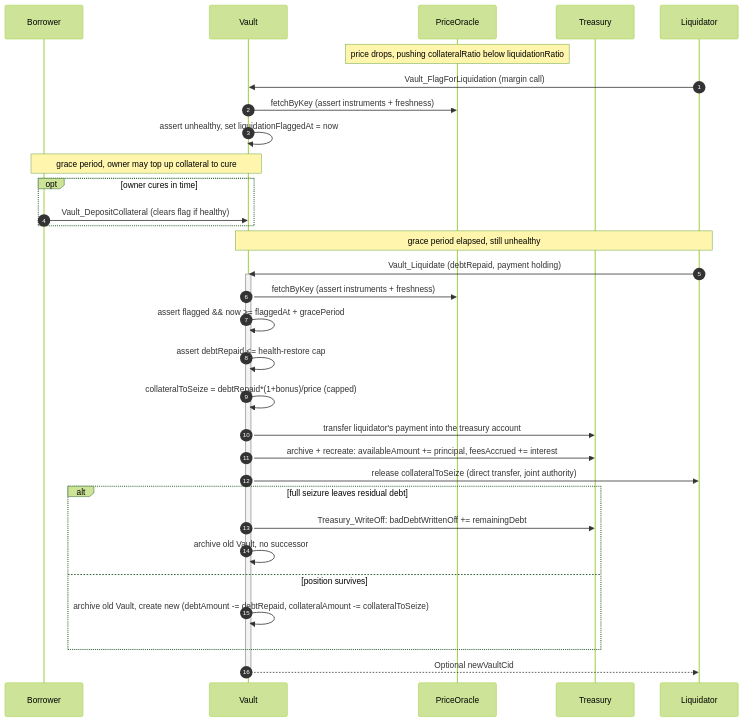
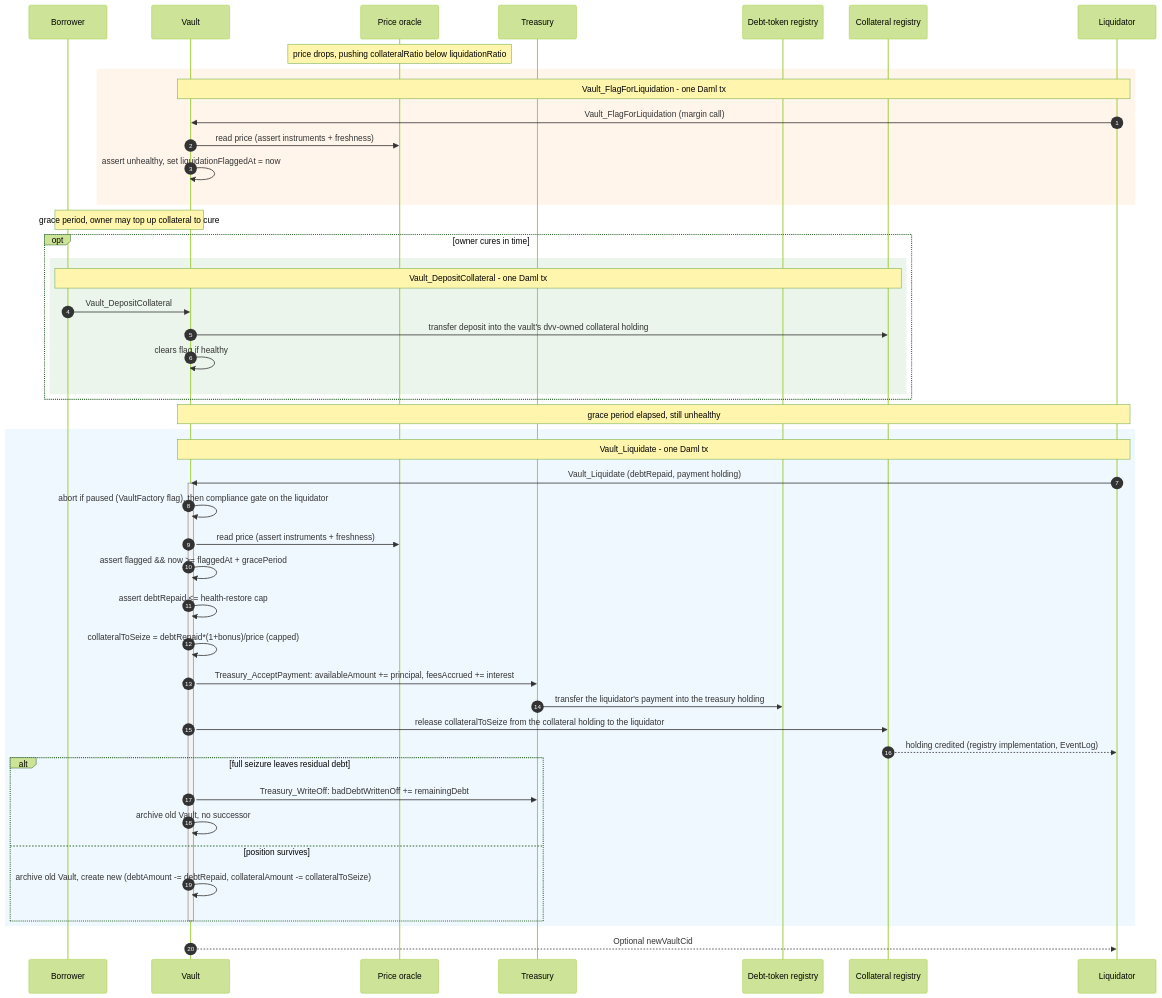
Before and after one commit to OpenZeppelin/canton-specs: the eighth of 8 diagrams in docs/reference-architectures/lending.md, drawn with Mermaid (forest theme). The commit also changed other lines of this file, not shown here.

````diff
--- a/docs/reference-architectures/lending.md
+++ b/docs/reference-architectures/lending.md
@@ -407,36 +481,51 @@
 ```mermaid
 sequenceDiagram
     autonumber
     participant B as Borrower
     participant V as Vault
-    participant O as PriceOracle
+    participant O as Price oracle
     participant T as Treasury
+    participant RD as Debt-token registry
+    participant RC as Collateral registry
     participant L as Liquidator
 
     note over O: price drops, pushing collateralRatio below liquidationRatio
+    rect rgb(255, 245, 235)
+    Note over V, L: Vault_FlagForLiquidation - one Daml tx
     L->>V: Vault_FlagForLiquidation (margin call)
-    V->>O: fetchByKey (assert instruments + freshness)
+    V->>O: read price (assert instruments + freshness)
     V->>V: assert unhealthy, set liquidationFlaggedAt = now
+    end
     note over B,V: grace period, owner may top up collateral to cure
     opt owner cures in time
-        B->>V: Vault_DepositCollateral (clears flag if healthy)
+        rect rgb(235, 245, 235)
+        Note over B, RC: Vault_DepositCollateral - one Daml tx
+        B->>V: Vault_DepositCollateral
+        V->>RC: transfer deposit into the vault's dvv-owned collateral holding
+        V->>V: clears flag if healthy
+        end
     end
     note over L,V: grace period elapsed, still unhealthy
+    rect rgb(240, 248, 255)
+    Note over V, L: Vault_Liquidate - one Daml tx
     L->>V: Vault_Liquidate (debtRepaid, payment holding)
     activate V
-    V->>O: fetchByKey (assert instruments + freshness)
+    V->>V: abort if paused (VaultFactory flag), then compliance gate on the liquidator
+    V->>O: read price (assert instruments + freshness)
     V->>V: assert flagged && now >= flaggedAt + gracePeriod
     V->>V: assert debtRepaid <= health-restore cap
     V->>V: collateralToSeize = debtRepaid*(1+bonus)/price (capped)
-    V->>T: transfer liquidator's payment into the treasury account
-    V->>T: archive + recreate: availableAmount += principal, feesAccrued += interest
-    V->>L: release collateralToSeize (direct transfer, joint authority)
+    V->>T: Treasury_AcceptPayment: availableAmount += principal, feesAccrued += interest
+    T->>RD: transfer the liquidator's payment into the treasury holding
+    V->>RC: release collateralToSeize from the collateral holding to the liquidator
+    RC-->>L: holding credited (registry implementation, EventLog)
     alt full seizure leaves residual debt
         V->>T: Treasury_WriteOff: badDebtWrittenOff += remainingDebt
         V->>V: archive old Vault, no successor
     else position survives
         V->>V: archive old Vault, create new (debtAmount -= debtRepaid, collateralAmount -= collateralToSeize)
     end
+    deactivate V
+    end
     V-->>L: Optional newVaultCid
-    deactivate V
 ```
````
